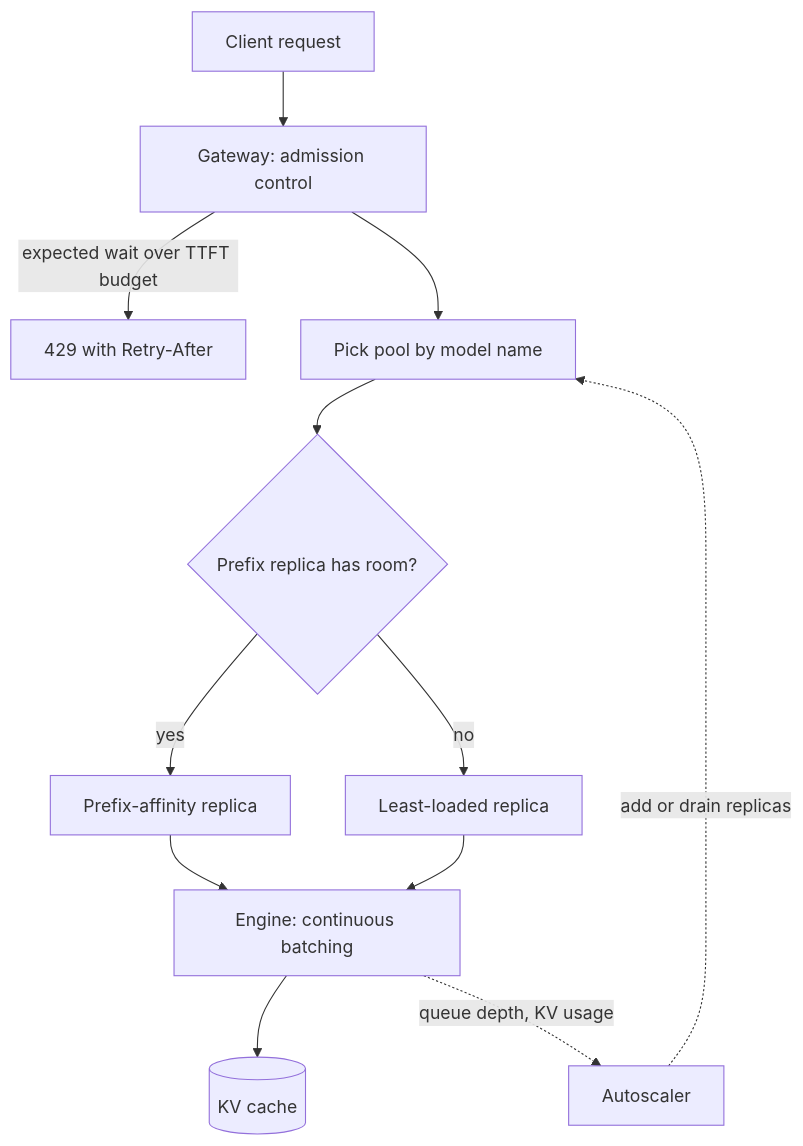
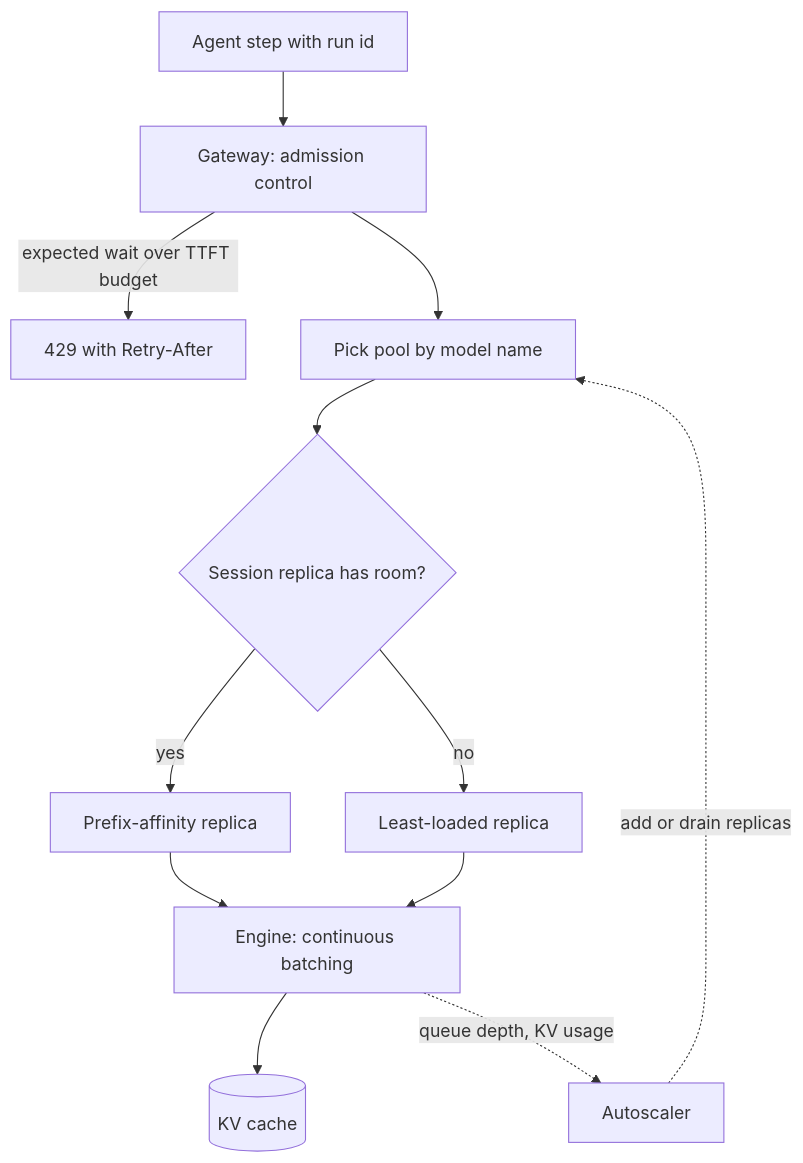
One commit to lovishmahajan97/agentic-learning changed the diagram in content/infra-capacity-economics/inference-clusters.md. Above: the diagram before and after it, drawn with Mermaid. The commit also changed other lines of this file and 266 other files, not shown here.

````diff
--- a/content/infra-capacity-economics/inference-clusters.md
+++ b/content/infra-capacity-economics/inference-clusters.md
@@ -133,14 +156,14 @@
 ```mermaid
 flowchart TD
-    C["Client request"] --> G["Gateway: admission control"]
+    C["Agent step with run id"] --> G["Gateway: admission control"]
     G -->|"expected wait over TTFT budget"| R["429 with Retry-After"]
     G --> P["Pick pool by model name"]
-    P --> A{"Prefix replica has room?"}
+    P --> A{"Session replica has room?"}
     A -->|"yes"| H["Prefix-affinity replica"]
     A -->|"no"| L["Least-loaded replica"]
     H --> E["Engine: continuous batching"]
     L --> E
     E --> KV[("KV cache")]
     E -.->|"queue depth, KV usage"| S["Autoscaler"]
     S -.->|"add or drain replicas"| P
 ```
````
